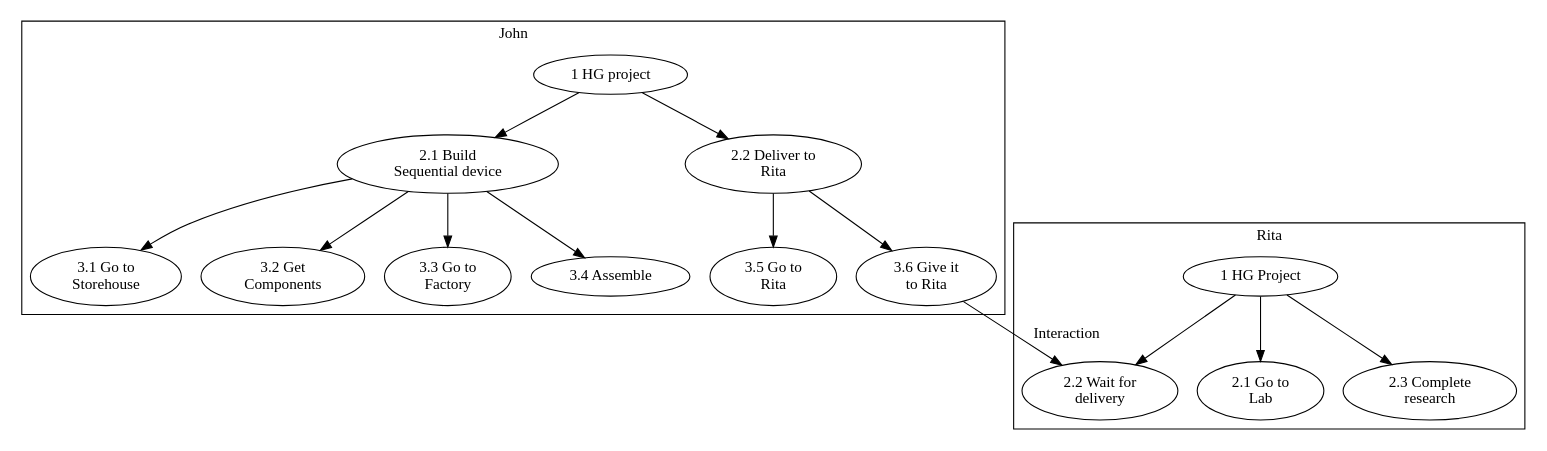
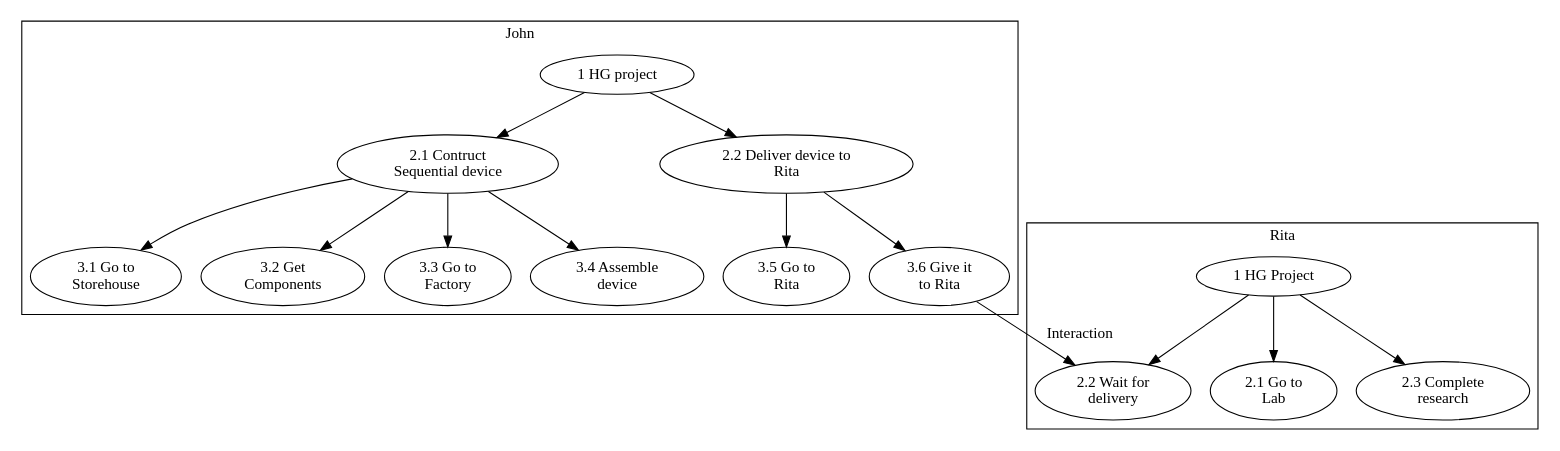
The diagram in src/articles/gameplay.md (Eliah-Lakhin/lufo-website), drawn with Graphviz before and after one commit. The commit also changed other lines of this file and 7 other files, not shown here.

````diff
--- a/src/articles/gameplay.md
+++ b/src/articles/gameplay.md
@@ -54,42 +54,42 @@
 ```dot
-digraph MaryPierre {
+digraph JohnRita {
 
   subgraph clusterJohn {
     label="John"
 
     J1[label="1 HG project"];
-    J21[label="2.1 Build\nSequential device"];
-    J22[label="2.2 Deliver to\nRita"];
+    J21[label="2.1 Contruct\nSequential device"];
+    J22[label="2.2 Deliver device to\nRita"];
     J31[label="3.1 Go to\nStorehouse"];
     J32[label="3.2 Get\nComponents"];
     J33[label="3.3 Go to\nFactory"];
-    J34[label="3.4 Assemble"];
+    J34[label="3.4 Assemble\ndevice"];
     J35[label="3.5 Go to\nRita"];
     J36[label="3.6 Give it\nto Rita"];
   }
 
   J1 -> J21;
   J1 -> J22;
   J21 -> J31;
   J21 -> J32;
   J21 -> J33;
   J21 -> J34;
   J22 -> J35;
   J22 -> J36;
 
   subgraph clusterRita {
     label="Rita"
 
     R1[label="1 HG Project"];
     R21[label="2.1 Go to\nLab"];
     R22[label="2.2 Wait for\ndelivery"];
     R23[label="2.3 Complete\nresearch"];
   }
 
   R1 -> R21;
   R1 -> R22;
   R1 -> R23;
 
   J36 -> R22[label="Interaction"];
 }
 ```
````
